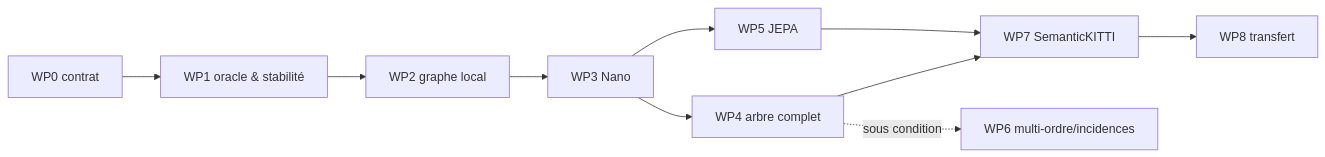
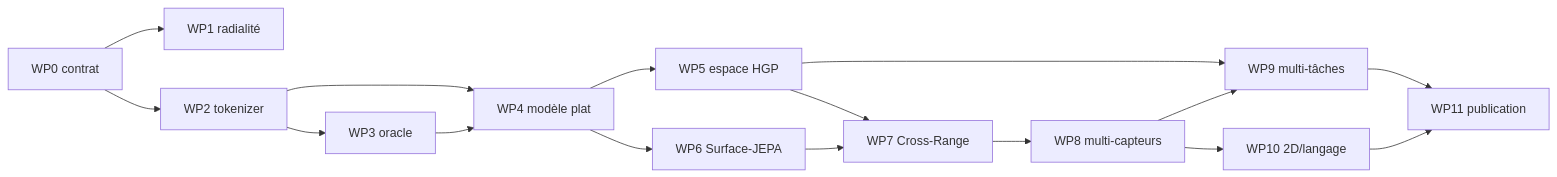
One commit to Ludwig-H/E-HGP changed the diagram in tests/SemanticKITTI/Zoltan/HierarchicalSelfAttention/VOIES.md. Above: the diagram before and after it, drawn with Mermaid. The commit also changed other lines of this file, not shown here.

Commit message:
Établir la feuille de route HGP-PolyFM

````diff
--- a/tests/SemanticKITTI/Zoltan/HierarchicalSelfAttention/VOIES.md
+++ b/tests/SemanticKITTI/Zoltan/HierarchicalSelfAttention/VOIES.md
@@ -322,12 +396,18 @@
 ```mermaid
 graph LR
-  WP0[WP0 contrat] --> WP1[WP1 oracle & stabilité]
-  WP1 --> WP2[WP2 graphe local]
-  WP2 --> WP3[WP3 Nano]
-  WP3 --> WP4[WP4 arbre complet]
-  WP3 --> WP5[WP5 JEPA]
-  WP4 --> WP7[WP7 SemanticKITTI]
-  WP5 --> WP7
-  WP7 --> WP8[WP8 transfert]
-  WP4 -. sous condition .-> WP6[WP6 multi-ordre/incidences]
+  W0[WP0 contrat] --> W1[WP1 radialité]
+  W0 --> W2[WP2 tokenizer]
+  W2 --> W3[WP3 oracle]
+  W2 --> W4[WP4 modèle plat]
+  W3 --> W4
+  W4 --> W5[WP5 espace HGP]
+  W4 --> W6[WP6 Surface-JEPA]
+  W5 --> W7[WP7 Cross-Range]
+  W6 --> W7
+  W7 --> W8[WP8 multi-capteurs]
+  W5 --> W9[WP9 multi-tâches]
+  W8 --> W9
+  W8 --> W10[WP10 2D/langage]
+  W9 --> W11[WP11 publication]
+  W10 --> W11
 ```
````
